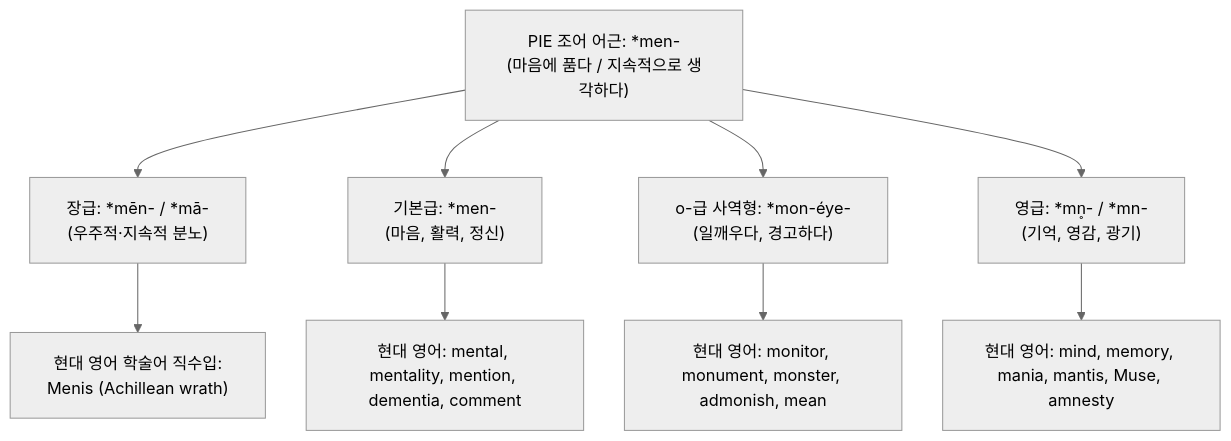
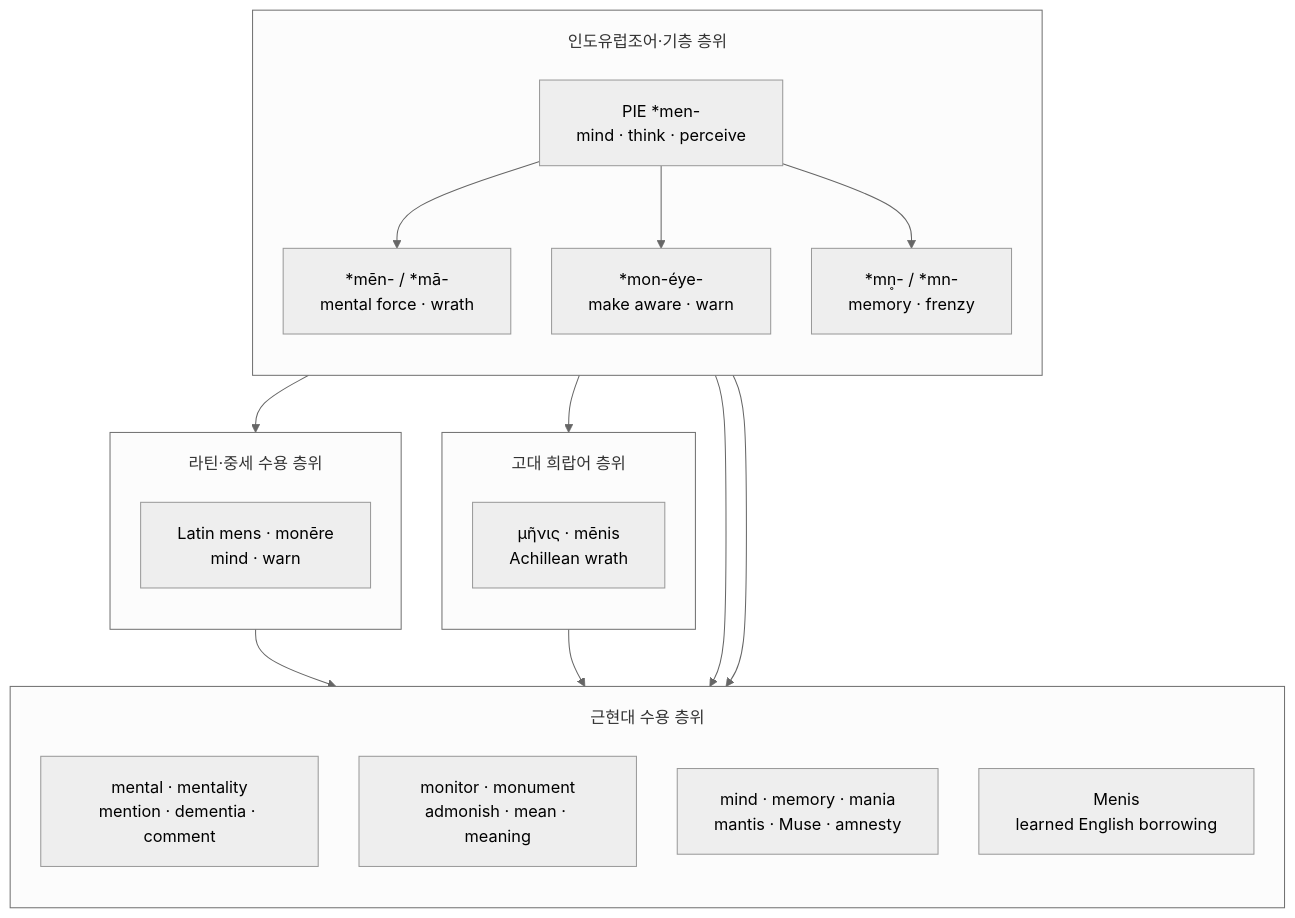
The first of 5 diagrams in words/word-menis.md (YgHnSIM/Homer_wiki), drawn with Mermaid (neutral theme) before and after one commit. The commit also changed other lines of this file, not shown here.

Commit message:
refactor(word-menis): Type C etymology Mermaid

````diff
--- a/words/word-menis.md
+++ b/words/word-menis.md
@@ -40,14 +40,33 @@
 ```mermaid
 %%{init: {'flowchart': {'useMaxWidth': true, 'nodeSpacing': 40, 'rankSpacing': 56, 'padding': 18, 'subGraphTitleMargin': {'top': 18, 'bottom': 10}}}}%%
 flowchart TD
-    PIE["PIE 조어 어근: *men-<br/>(마음에 품다 / 지속적으로 생각하다)"]
-    PIE --> LENG["장급: *mēn- / *mā-<br/>(우주적·지속적 분노)"]
-    PIE --> FULL["기본급: *men-<br/>(마음, 활력, 정신)"]
-    PIE --> OGRADE["o-급 사역형: *mon-éye-<br/>(일깨우다, 경고하다)"]
-    PIE --> ZERO["영급: *mn̥- / *mn-<br/>(기억, 영감, 광기)"]
-
-    LENG --> MOD_MENIS["현대 영어 학술어 직수입:<br/>Menis (Achillean wrath)"]
-    FULL --> MOD_FULL["현대 영어: mental, mentality, mention, dementia, comment"]
-    OGRADE --> MOD_OG["현대 영어: monitor, monument, monster, admonish, mean"]
-    ZERO --> MOD_ZERO["현대 영어: mind, memory, mania, mantis, Muse, amnesty"]
+    subgraph PIE_Stage ["인도유럽조어·기층 층위"]
+        direction TB
+        PIE["PIE *men-<br/>mind · think · perceive"]:::substrate
+        LENG["*mēn- / *mā-<br/>mental force · wrath"]:::substrate
+        OGRADE["*mon-éye-<br/>make aware · warn"]:::substrate
+        ZERO["*mn̥- / *mn-<br/>memory · frenzy"]:::substrate
+        PIE --> LENG
+        PIE --> OGRADE
+        PIE --> ZERO
+    end
+    subgraph Greek_Stage ["고대 희랍어 층위"]
+        direction TB
+        MENIS["μῆνις · mēnis<br/>Achillean wrath"]:::focus
+    end
+    subgraph Latin_Stage ["라틴·중세 수용 층위"]
+        direction TB
+        LAT["Latin mens · monēre<br/>mind · warn"]:::latin
+    end
+    subgraph Modern_Stage ["근현대 수용 층위"]
+        direction TB
+        MENTAL["mental · mentality<br/>mention · dementia · comment"]:::english
+        MON["monitor · monument<br/>admonish · mean · meaning"]:::english
+        MIND["mind · memory · mania<br/>mantis · Muse · amnesty"]:::english
+        LENGEN["Menis<br/>learned English borrowing"]:::english
+    end
+    LENG --> MENIS --> LENGEN
+    PIE --> LAT --> MENTAL
+    OGRADE --> MON
+    ZERO --> MIND
 ```
````
